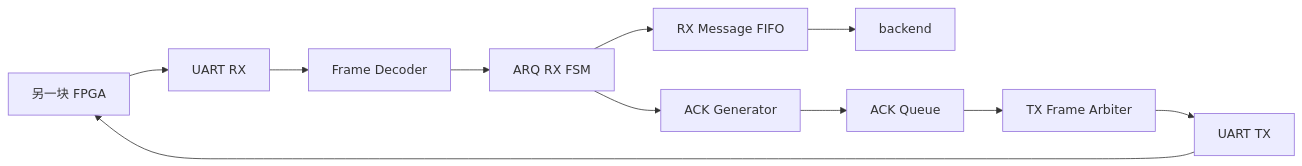
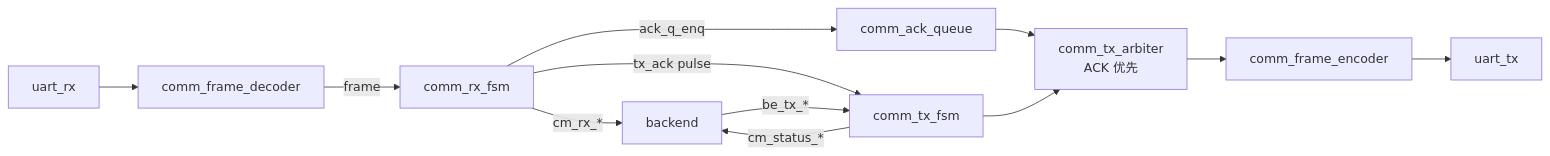
Before and after one commit to LorenzLorentz/Digtal_Logic_Design: the fifth of 11 diagrams in README.md, drawn with Mermaid. The commit also changed other lines of this file and 2 other files, not shown here.

````diff
--- a/README.md
+++ b/README.md
@@ -458,14 +307,17 @@
 ```mermaid
 flowchart LR
-    PEER[另一块 FPGA] --> UARTRX[UART RX]
-    UARTRX --> DECODER[Frame Decoder]
-    DECODER --> RXFSM[ARQ RX FSM]
-    RXFSM --> RXFIFO[RX Message FIFO]
-    RXFIFO --> BE[backend]
+    UARTRX[uart_rx] --> DEC[comm_frame_decoder]
+    DEC -- frame --> RXFSM[comm_rx_fsm]
 
-    RXFSM --> ACKGEN[ACK Generator]
-    ACKGEN --> ACKQ[ACK Queue]
-    ACKQ --> TXARB[TX Frame Arbiter]
-    TXARB --> UARTTX[UART TX]
-    UARTTX --> PEER
+    RXFSM -- cm_rx_* --> BE[backend]
+    RXFSM -- ack_q_enq --> ACKQ[comm_ack_queue]
+    RXFSM -- tx_ack pulse --> TXFSM[comm_tx_fsm]
+
+    BE -- be_tx_* --> TXFSM
+    TXFSM -- cm_status_* --> BE
+
+    ACKQ --> ARB[comm_tx_arbiter<br/>ACK 优先]
+    TXFSM --> ARB
+    ARB --> ENC[comm_frame_encoder]
+    ENC --> UARTTX[uart_tx]
 ```
````
